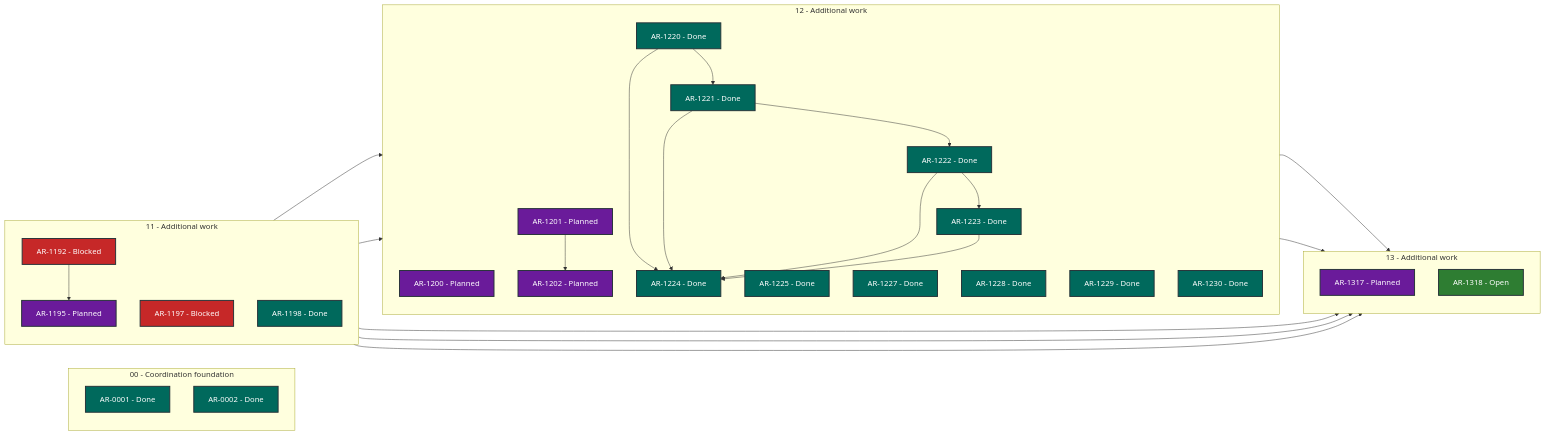
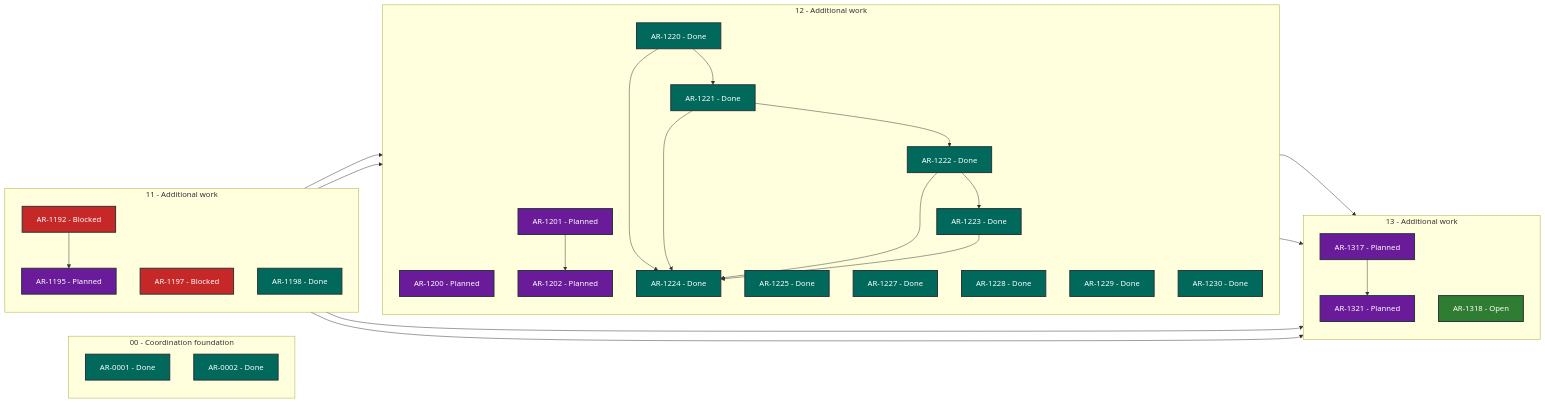
One commit to martin-beck/asb-tui-state changed the diagram in STATUS.md. Above: the diagram before and after it, drawn with Mermaid. The commit also changed other lines of this file and 2 other files, not shown here.

````diff
--- a/STATUS.md
+++ b/STATUS.md
@@ -27,60 +27,61 @@
 ```mermaid
 flowchart LR
     subgraph series_00["00 - Coordination foundation"]
         direction TB
         AR_0001["AR-0001 - Done"]:::status_done
         AR_0002["AR-0002 - Done"]:::status_done
     end
     subgraph series_11["11 - Additional work"]
         direction TB
         AR_1192["AR-1192 - Blocked"]:::status_blocked
         AR_1195["AR-1195 - Planned"]:::status_planned
         AR_1197["AR-1197 - Blocked"]:::status_blocked
         AR_1198["AR-1198 - Done"]:::status_done
     end
     subgraph series_12["12 - Additional work"]
         direction TB
         AR_1200["AR-1200 - Planned"]:::status_planned
         AR_1201["AR-1201 - Planned"]:::status_planned
         AR_1202["AR-1202 - Planned"]:::status_planned
         AR_1220["AR-1220 - Done"]:::status_done
         AR_1221["AR-1221 - Done"]:::status_done
         AR_1222["AR-1222 - Done"]:::status_done
         AR_1223["AR-1223 - Done"]:::status_done
         AR_1224["AR-1224 - Done"]:::status_done
         AR_1225["AR-1225 - Done"]:::status_done
         AR_1227["AR-1227 - Done"]:::status_done
         AR_1228["AR-1228 - Done"]:::status_done
         AR_1229["AR-1229 - Done"]:::status_done
         AR_1230["AR-1230 - Done"]:::status_done
     end
     subgraph series_13["13 - Additional work"]
         direction TB
         AR_1317["AR-1317 - Planned"]:::status_planned
         AR_1318["AR-1318 - Open"]:::status_open
+        AR_1321["AR-1321 - Planned"]:::status_planned
     end
     AR_1192 --> AR_1195
     AR_1192 --> AR_1317
-    AR_1192 --> AR_1318
     AR_1195 --> AR_1200
     AR_1197 --> AR_1201
     AR_1197 --> AR_1317
     AR_1201 --> AR_1202
     AR_1220 --> AR_1221
     AR_1220 --> AR_1224
     AR_1221 --> AR_1222
     AR_1221 --> AR_1224
     AR_1222 --> AR_1223
     AR_1222 --> AR_1224
     AR_1223 --> AR_1224
     AR_1228 --> AR_1317
     AR_1229 --> AR_1317
+    AR_1317 --> AR_1321
     classDef status_in_progress fill:#1565c0,color:#ffffff,stroke:#263238,stroke-width:2px
     classDef status_open fill:#2e7d32,color:#ffffff,stroke:#263238,stroke-width:2px
     classDef status_blocked fill:#c62828,color:#ffffff,stroke:#263238,stroke-width:2px
     classDef status_planned fill:#6a1b9a,color:#ffffff,stroke:#263238,stroke-width:2px
     classDef status_future fill:#455a64,color:#ffffff,stroke:#263238,stroke-width:2px
     classDef status_done fill:#00695c,color:#ffffff,stroke:#263238,stroke-width:2px
     classDef status_cancelled fill:#616161,color:#ffffff,stroke:#263238,stroke-width:2px
     classDef status_superseded fill:#5d4037,color:#ffffff,stroke:#263238,stroke-width:2px
 ```
````
